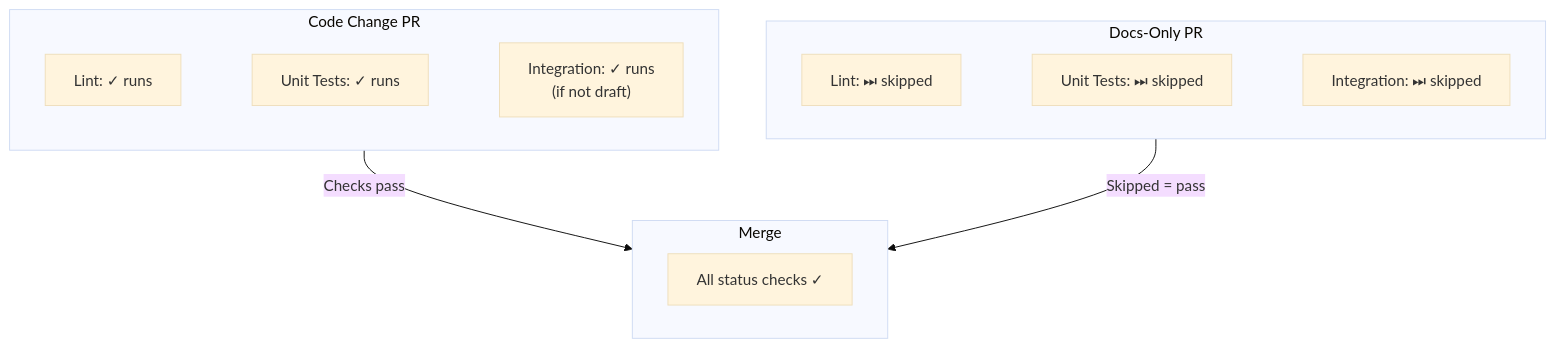
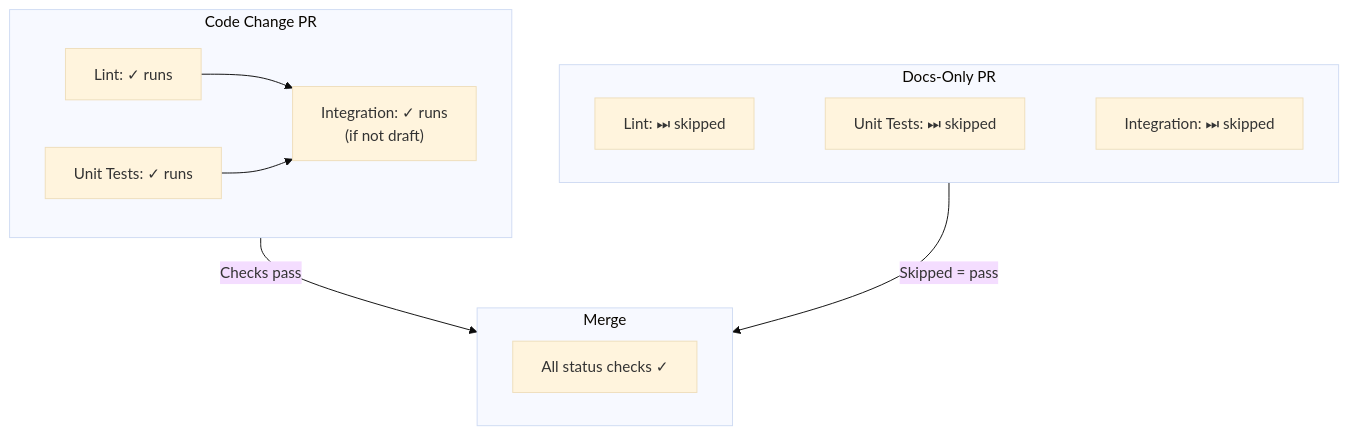
Before and after one commit to flaksit/pc-switcher: the diagram in docs/ops/ci-setup.md, drawn with Mermaid (base theme). The commit also changed other lines of this file and 3 other files, not shown here.

First line of the commit message:
ci: gate integration tests on lint + unit passing

````diff
--- a/docs/ops/ci-setup.md
+++ b/docs/ops/ci-setup.md
@@ -98,29 +99,29 @@
 ```mermaid
 flowchart TD
     subgraph code_change["Code Change PR"]
         c1["Lint: ✓ runs"]
         c2["Unit Tests: ✓ runs"]
         c3["Integration: ✓ runs<br/>(if not draft)"]
 
-        %% Layout constraint only (made invisible via `linkStyle` below).
-        c1 --> c2
+        %% Integration gates on lint + unit passing (visible dependency).
+        c1 --> c3
         c2 --> c3
     end
     subgraph docs_change["Docs-Only PR"]
         d1["Lint: ⏭ skipped"]
         d2["Unit Tests: ⏭ skipped"]
         d3["Integration: ⏭ skipped"]
 
         %% Layout constraint only (made invisible via `linkStyle` below).
         d1 --> d2
         d2 --> d3
     end
     subgraph merge["Merge"]
         m1["All status checks ✓"]
     end
     code_change -->|"Checks pass"| merge
     docs_change -->|"Skipped = pass"| merge
 
-    %% Hide the internal layout-only links (the first 4 links in this diagram).
-    linkStyle 0,1,2,3 stroke:transparent,stroke-width:0
+    %% Hide only the docs-subgraph layout-only links (links 2 and 3).
+    linkStyle 2,3 stroke:transparent,stroke-width:0
 ```
````
